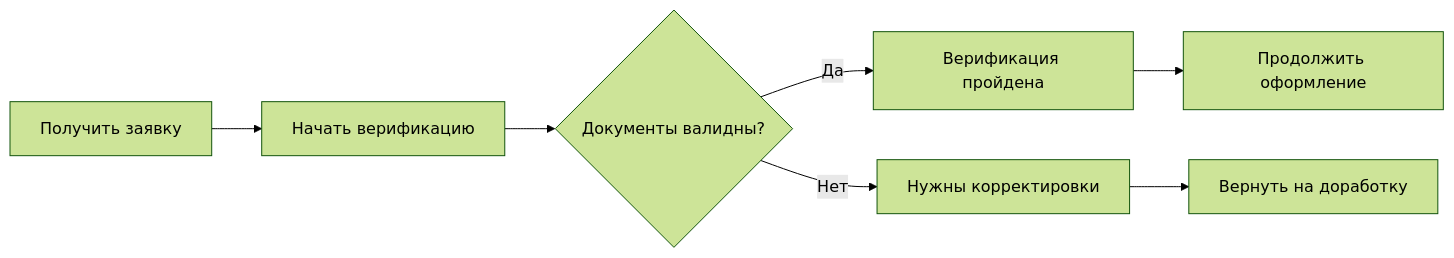
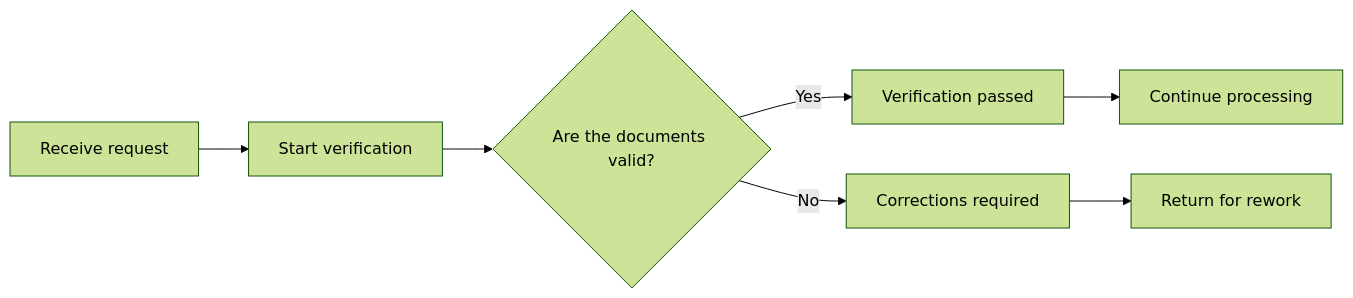
One commit to bnku/mdmm changed the second of 2 diagrams in examples/dist/docs/fragment-include.md. Above: the diagram before and after it, drawn with Mermaid (forest theme). The commit also changed other lines of this file and 20 other files, not shown here.

First line of the commit message:
refactor(core): rename whole-diagram to diagram terminology

````diff
--- a/examples/dist/docs/fragment-include.md
+++ b/examples/dist/docs/fragment-include.md
@@ -18,10 +18,10 @@
 ```mermaid
 flowchart LR
-Start[Получить заявку] --> explicit__entry
-explicit__entry[Начать верификацию]
-explicit__entry --> explicit__check{Документы валидны?}
-explicit__check -- Да --> explicit__success[Верификация пройдена]
-explicit__check -- Нет --> explicit__fail[Нужны корректировки]
-explicit__success --> Offer[Продолжить оформление]
-explicit__fail --> Rework[Вернуть на доработку]
+Start[Receive request] --> explicit__entry
+explicit__entry[Start verification]
+explicit__entry --> explicit__check{Are the documents valid?}
+explicit__check -- Yes --> explicit__success[Verification passed]
+explicit__check -- No --> explicit__fail[Corrections required]
+explicit__success --> Offer[Continue processing]
+explicit__fail --> Rework[Return for rework]
 ```
````
